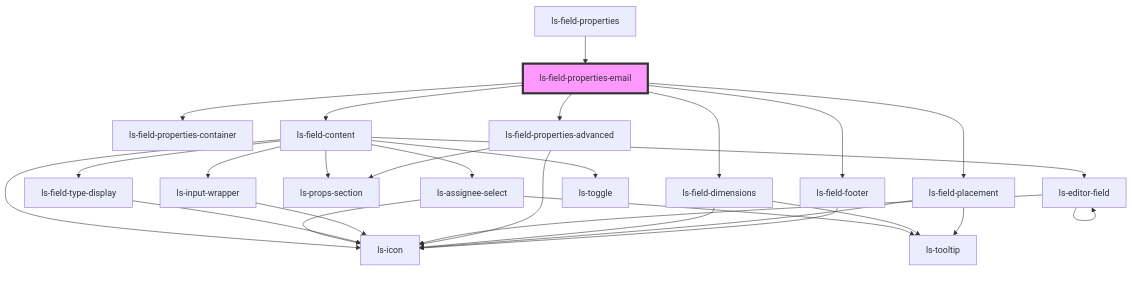
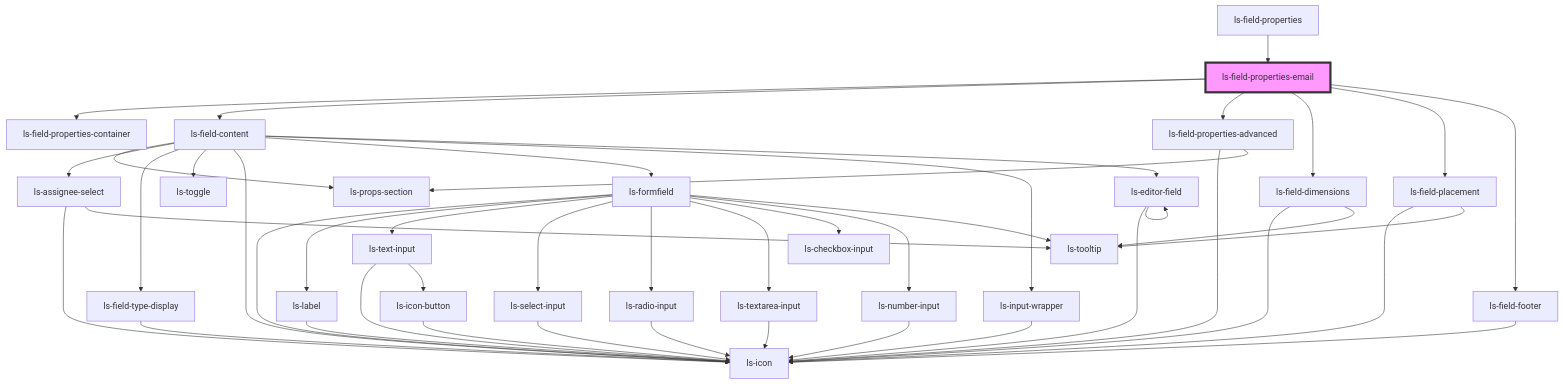
Before and after one commit to legalesign/ls-document-viewer: the diagram in src/components/ls-field-properties-email/readme.md, drawn with Mermaid. The commit also changed 14 other files, not shown here.

````diff
--- a/src/components/ls-field-properties-email/readme.md
+++ b/src/components/ls-field-properties-email/readme.md
@@ -33,31 +33,49 @@
 ```mermaid
 graph TD;
   ls-field-properties-email --> ls-field-properties-container
   ls-field-properties-email --> ls-field-content
   ls-field-properties-email --> ls-field-properties-advanced
   ls-field-properties-email --> ls-field-dimensions
   ls-field-properties-email --> ls-field-placement
   ls-field-properties-email --> ls-field-footer
   ls-field-content --> ls-props-section
   ls-field-content --> ls-assignee-select
   ls-field-content --> ls-field-type-display
   ls-field-content --> ls-toggle
   ls-field-content --> ls-icon
+  ls-field-content --> ls-formfield
   ls-field-content --> ls-input-wrapper
   ls-field-content --> ls-editor-field
   ls-assignee-select --> ls-icon
   ls-assignee-select --> ls-tooltip
   ls-field-type-display --> ls-icon
+  ls-formfield --> ls-icon
+  ls-formfield --> ls-label
+  ls-formfield --> ls-text-input
+  ls-formfield --> ls-select-input
+  ls-formfield --> ls-radio-input
+  ls-formfield --> ls-textarea-input
+  ls-formfield --> ls-checkbox-input
+  ls-formfield --> ls-number-input
+  ls-formfield --> ls-tooltip
+  ls-label --> ls-icon
+  ls-text-input --> ls-icon
+  ls-text-input --> ls-icon-button
+  ls-icon-button --> ls-icon
+  ls-select-input --> ls-icon
+  ls-radio-input --> ls-icon
+  ls-textarea-input --> ls-icon
+  ls-number-input --> ls-icon
   ls-input-wrapper --> ls-icon
   ls-editor-field --> ls-icon
   ls-editor-field --> ls-editor-field
   ls-field-properties-advanced --> ls-icon
   ls-field-properties-advanced --> ls-props-section
   ls-field-dimensions --> ls-icon
   ls-field-dimensions --> ls-tooltip
   ls-field-placement --> ls-icon
   ls-field-placement --> ls-tooltip
   ls-field-footer --> ls-icon
   ls-field-properties --> ls-field-properties-email
   style ls-field-properties-email fill:#f9f,stroke:#333,stroke-width:4px
 ```
````
